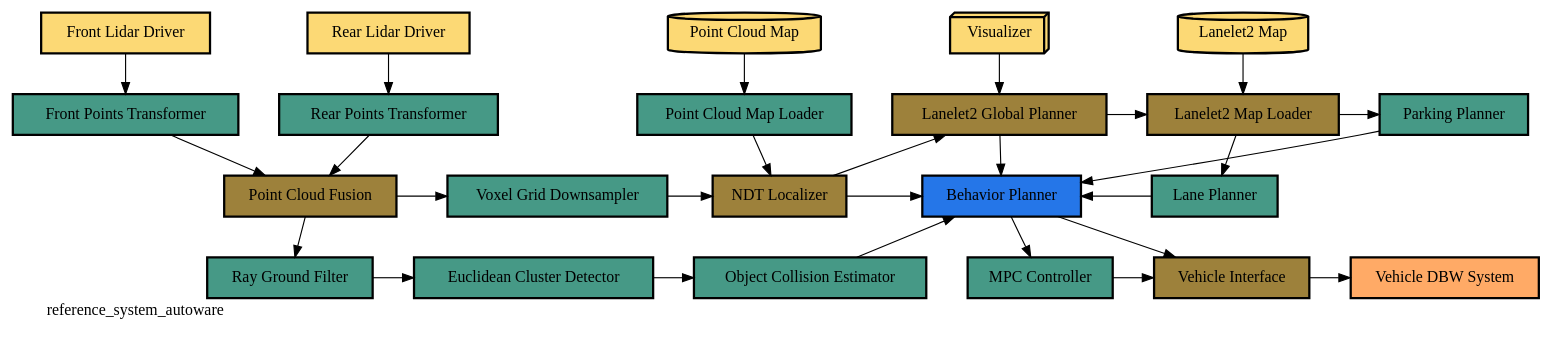
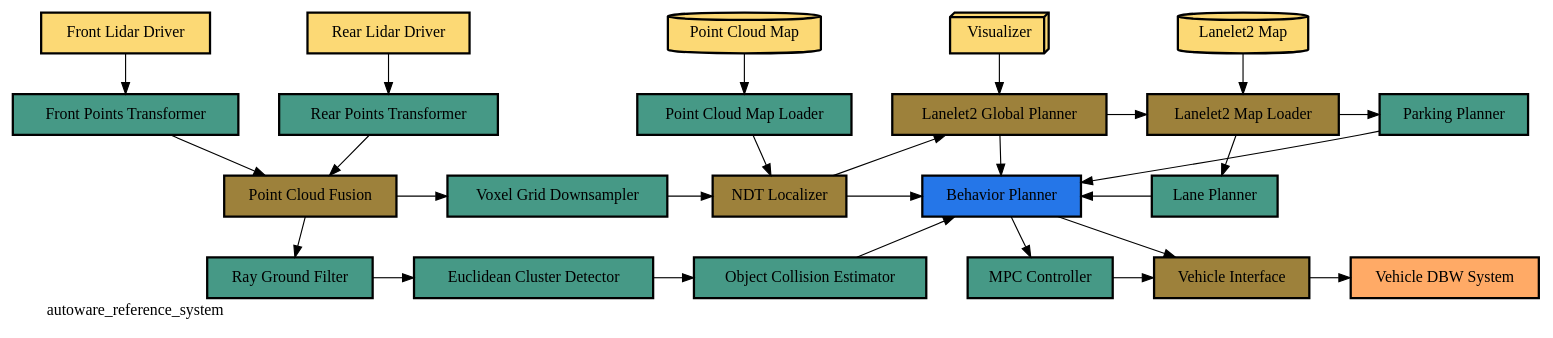
One commit to ros-realtime/reference-system changed the diagram in autoware_reference_system/autoware_reference_system.dot. Above: the diagram before and after it, drawn with Graphviz. The commit also changed 4 other files, not shown here.

Commit message:
update README, regenerate svg, add graphviz section to README

```diff
--- a/autoware_reference_system/autoware_reference_system.dot
+++ b/autoware_reference_system/autoware_reference_system.dot
@@ -1,112 +1,112 @@
 digraph G {
     labelloc="b";
     labeljust="l";
-    label="reference_system_autoware";
+    label="autoware_reference_system";
     nodesep=0.5;
     node [shape=box, style=filled, penwidth=2, ordering=in];
     edge [weight=8];
     /* Declare all nodes and style them */
     node [fillcolor="#FCD975"];
     "Front Lidar Driver";
     "Rear Lidar Driver";
     "Point Cloud Map" [shape=cylinder];
     "Visualizer" [shape=box3d];
     "Lanelet2 Map" [shape=cylinder];
 
     node [fillcolor="#469986"];
     "Front Points Transformer";
     "Rear Points Transformer";
     "Point Cloud Map Loader";
     "Voxel Grid Downsampler";
     "Ray Ground Filter";
     "Euclidean Cluster Detector";
     "Object Collision Estimator";
     "MPC Controller";
     "Lane Planner";
     "Parking Planner";
 
     node [fillcolor="#9D813B"];
     "Point Cloud Fusion";
     "NDT Localizer";
     "Vehicle Interface";
     "Lanelet2 Map Loader";
     "Lanelet2 Global Planner";
 
     node [fillcolor="#2576E8"];
     "Behavior Planner";
 
     node [fillcolor="#ffaa66"];
     "Vehicle DBW System";
 
     /* Declare all edges and style them */
     /* rank 1 */
     {
       rank = same;
       "Front Lidar Driver";
       "Rear Lidar Driver";
       "Point Cloud Map";
       "Visualizer";
       "Lanelet2 Map";
     }
     "Front Lidar Driver" -> "Front Points Transformer";
     "Rear Lidar Driver" -> "Rear Points Transformer";
     "Point Cloud Map" -> "Point Cloud Map Loader";
     "Visualizer" -> "Lanelet2 Global Planner";
     "Lanelet2 Map" -> "Lanelet2 Map Loader";
 
     /* rank 2 */
     {
       rank = same;
       "Front Points Transformer";
       "Rear Points Transformer";
       "Point Cloud Map Loader";
       "Lanelet2 Global Planner";
       "Lanelet2 Map Loader";
       "Parking Planner";
     }
     "Front Points Transformer" -> "Point Cloud Fusion";
     "Rear Points Transformer" -> "Point Cloud Fusion";
     "Point Cloud Map Loader" -> "NDT Localizer";
     "Lanelet2 Global Planner" -> "Lanelet2 Map Loader";
     "Lanelet2 Global Planner" -> "Behavior Planner";
 
     "Lanelet2 Map Loader" -> "Parking Planner";
 
     "Parking Planner" -> "Behavior Planner";
     "Lanelet2 Map Loader" -> "Lane Planner" [constraint=false];
 
     /* rank 3 */
     {
       rank = same;
       "Point Cloud Fusion";
       "Voxel Grid Downsampler";
       "NDT Localizer";
       "Behavior Planner";
       "Lane Planner";
     };
     "Point Cloud Fusion" -> "Ray Ground Filter";
     "Point Cloud Fusion" -> "Voxel Grid Downsampler";
     "Voxel Grid Downsampler" -> "NDT Localizer";
     "NDT Localizer" -> "Behavior Planner";
     "NDT Localizer" -> "Lanelet2 Global Planner";
 
     "Behavior Planner" -> "MPC Controller";
     "Behavior Planner" -> "Vehicle Interface";
     "Lane Planner" -> "Behavior Planner" [constraint=false];
 
     /* rank 4 */
     {
       rank = same;
       "Ray Ground Filter";
       "Euclidean Cluster Detector";
       "Object Collision Estimator";
       "MPC Controller";
       "Vehicle Interface";
       "Vehicle DBW System";
     }
     "Ray Ground Filter" -> "Euclidean Cluster Detector";
     "Euclidean Cluster Detector" -> "Object Collision Estimator";
     "Object Collision Estimator" -> "Behavior Planner";
     "MPC Controller" -> "Vehicle Interface";
     "Vehicle Interface" -> "Vehicle DBW System";
 }
```
